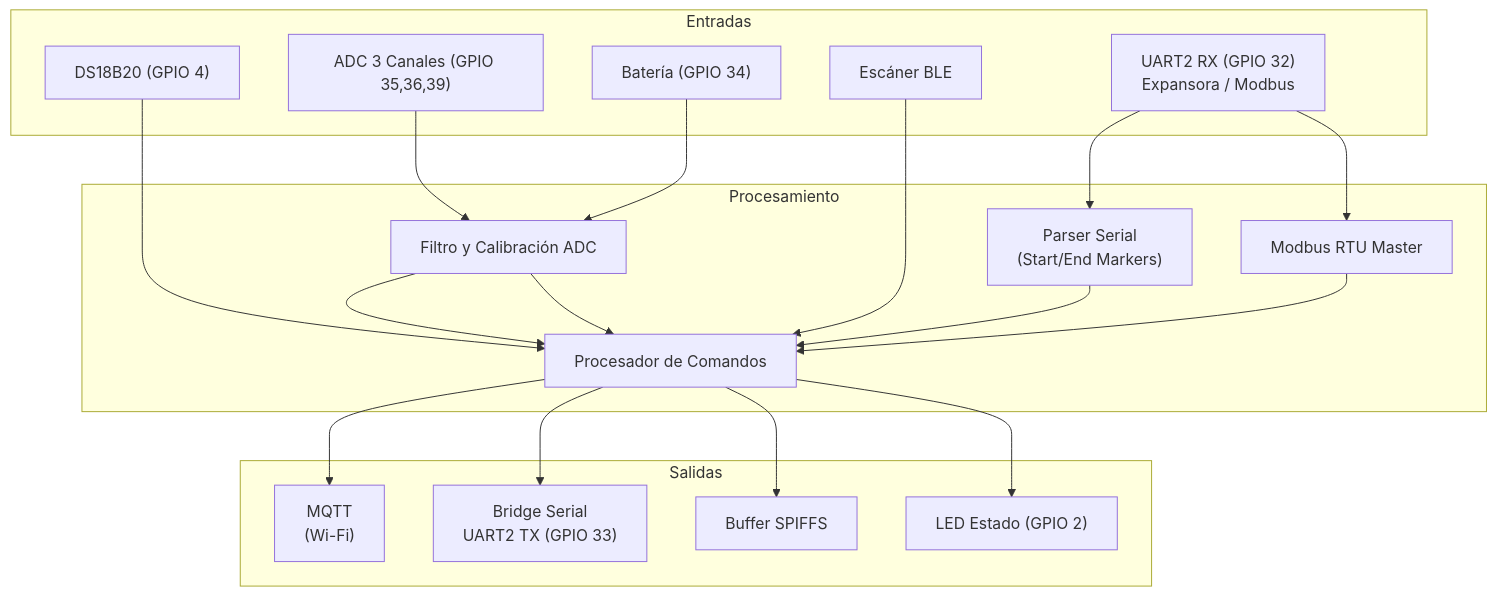
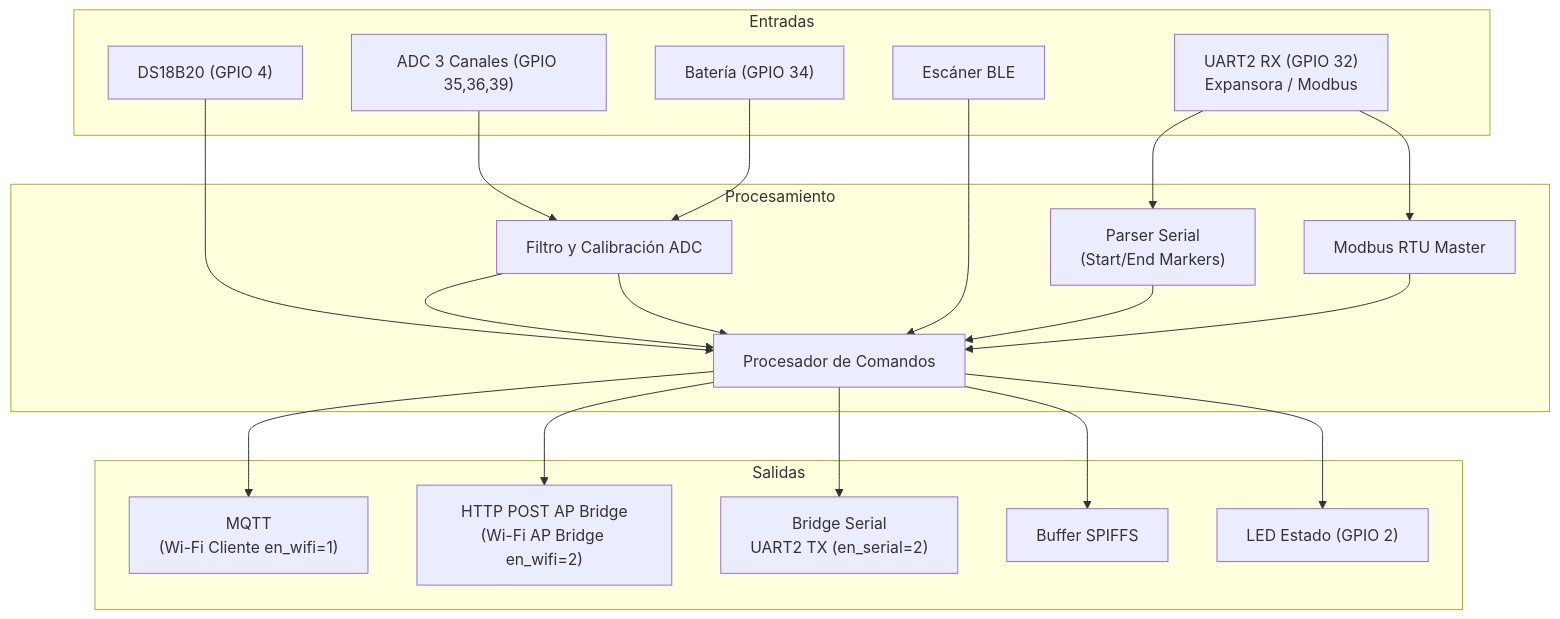
One commit to TCSAIngenieria/LILY-GO changed the diagram in PRD.md. Above: the diagram before and after it, drawn with Mermaid. The commit also changed other lines of this file and 2 other files, not shown here.

````diff
--- a/PRD.md
+++ b/PRD.md
@@ -136,36 +143,38 @@
 ```mermaid
 graph TD
     subgraph "Entradas"
         DS18B20["DS18B20 (GPIO 4)"]
         ADC_CH["ADC 3 Canales (GPIO 35,36,39)"]
         BATERIA["Batería (GPIO 34)"]
         BLE_SCAN["Escáner BLE"]
         UART2_IN["UART2 RX (GPIO 32)<br/>Expansora / Modbus"]
     end
 
     subgraph "Procesamiento"
         FILTRO["Filtro y Calibración ADC"]
         PARSER["Parser Serial<br/>(Start/End Markers)"]
         MODBUS["Modbus RTU Master"]
         CMD["Procesador de Comandos"]
     end
 
     subgraph "Salidas"
-        MQTT_OUT["MQTT<br/>(Wi-Fi)"]
-        BRIDGE_OUT["Bridge Serial<br/>UART2 TX (GPIO 33)"]
+        MQTT_OUT["MQTT<br/>(Wi-Fi Cliente en_wifi=1)"]
+        HTTP_OUT["HTTP POST AP Bridge<br/>(Wi-Fi AP Bridge en_wifi=2)"]
+        BRIDGE_OUT["Bridge Serial<br/>UART2 TX (en_serial=2)"]
         FLASH_BUF["Buffer SPIFFS"]
         LED["LED Estado (GPIO 2)"]
     end
 
     DS18B20 --> CMD
     ADC_CH --> FILTRO --> CMD
     BATERIA --> FILTRO --> CMD
     BLE_SCAN --> CMD
     UART2_IN --> PARSER --> CMD
     UART2_IN --> MODBUS --> CMD
 
     CMD --> MQTT_OUT
+    CMD --> HTTP_OUT
     CMD --> BRIDGE_OUT
     CMD --> FLASH_BUF
     CMD --> LED
 ```
````
